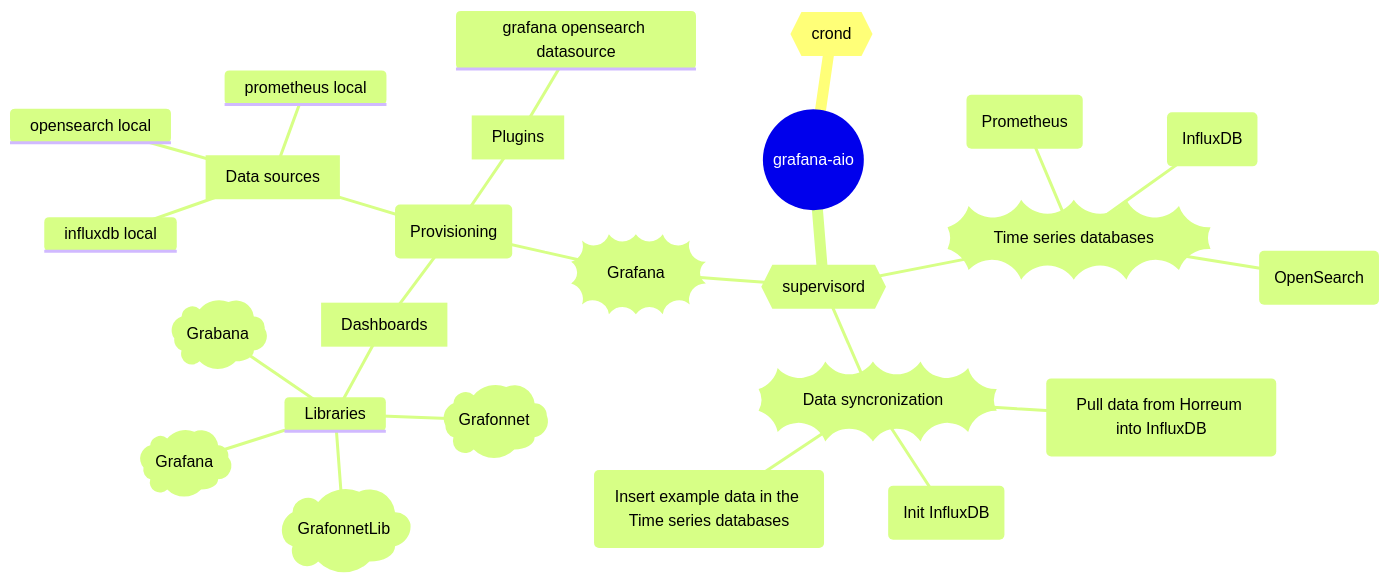
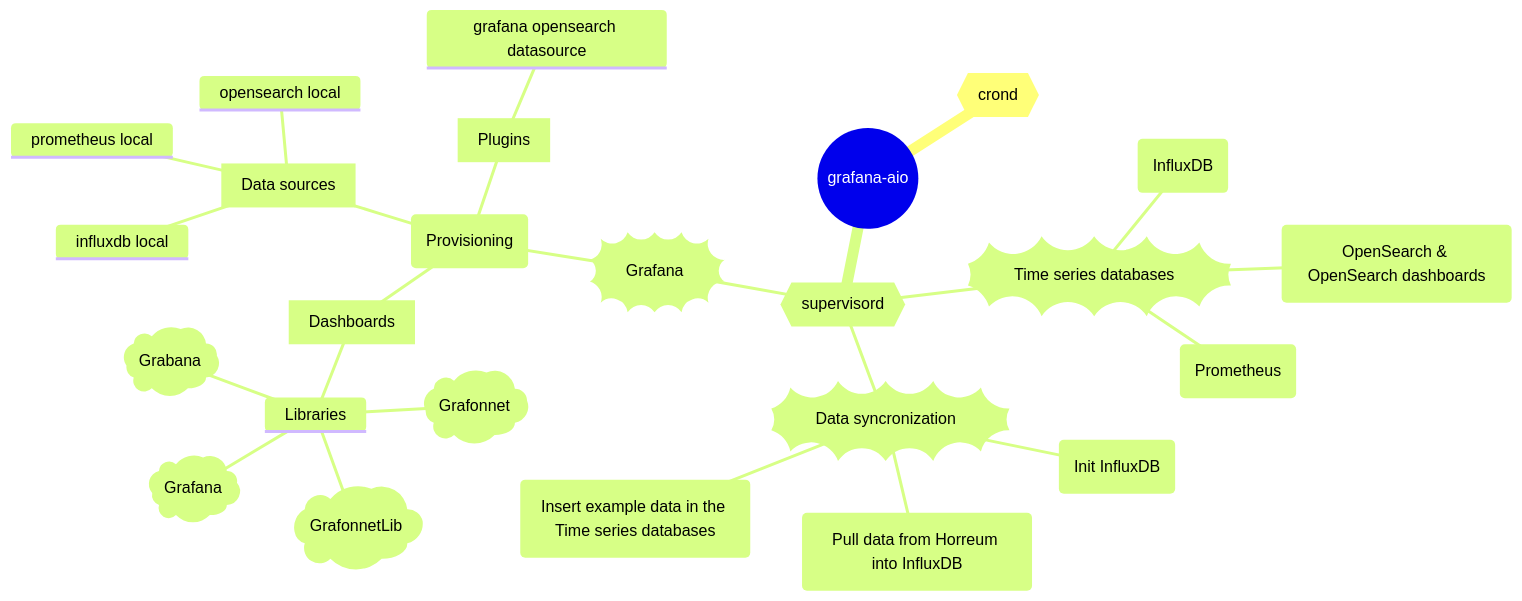
The first of 2 diagrams in README.md (ccamacho/grafana-aio), drawn with Mermaid before and after one commit. The commit also changed other lines of this file and 1 other file, not shown here.

````diff
--- a/README.md
+++ b/README.md
@@ -117,28 +121,28 @@
 ```mermaid
 mindmap
     root((grafana-aio))
         {{crond}}
         {{supervisord}}
             ))Time series databases((
                 (InfluxDB)
-                (OpenSearch)
+                (OpenSearch & OpenSearch dashboards)
                 (Prometheus)
             ))Data syncronization((
                 (Init InfluxDB)
                 (Pull data from Horreum into InfluxDB)
                 (Insert example data in the Time series databases)
             ))Grafana((
                 (Provisioning)
                     [Dashboards]
                         Libraries
                             )Grafonnet(
                             )GrafonnetLib(
                             )Grafana(
                             )Grabana(
                     [Data sources]
                         influxdb local
                         opensearch local
                         prometheus local
                     [Plugins]
                         grafana opensearch datasource
 ```
````
